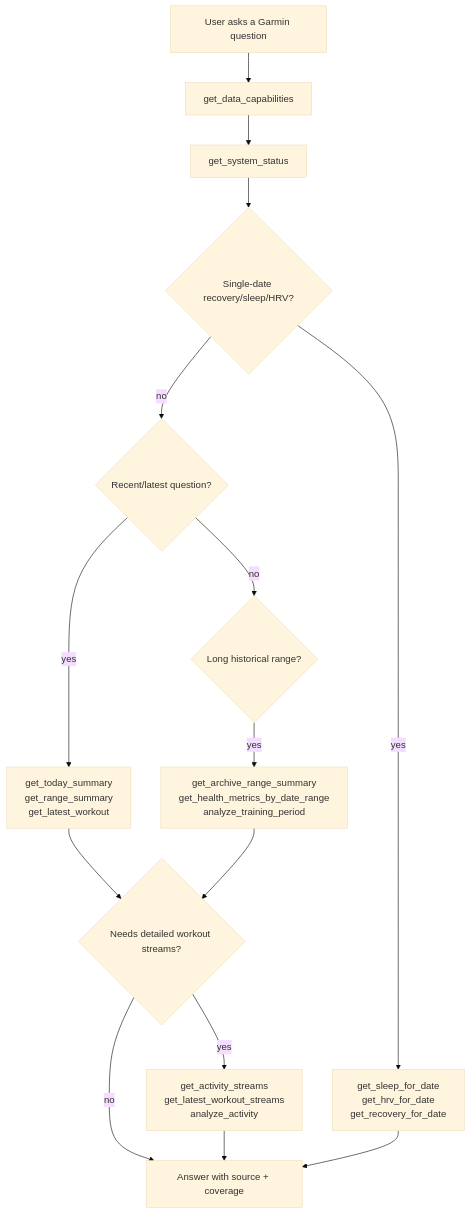
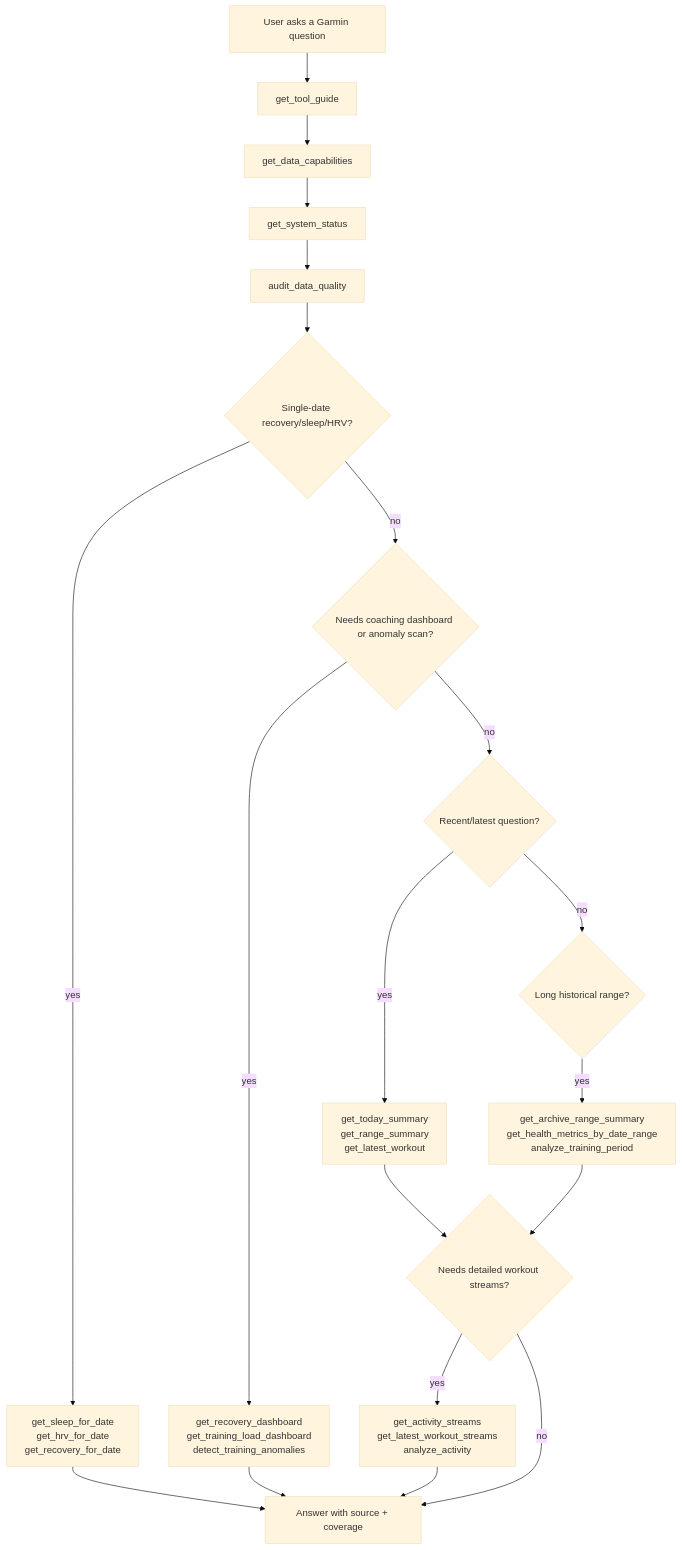
The fourth of 7 diagrams in docs/ARCHITECTURE.md (sharathgavini/garmin-mcp), drawn with Mermaid (base theme) before and after one commit. The commit also changed other lines of this file and 16 other files, not shown here.

Commit message:
Add Garmin MCP coaching ergonomics tools

````diff
--- a/docs/ARCHITECTURE.md
+++ b/docs/ARCHITECTURE.md
@@ -87,25 +97,33 @@
 ```mermaid
 flowchart TD
   Question["User asks a Garmin question"]
+  Guide["get_tool_guide"]
   Capabilities["get_data_capabilities"]
   Status["get_system_status"]
+  Audit["audit_data_quality"]
   SingleDay{"Single-date recovery/sleep/HRV?"}
   Latest{"Recent/latest question?"}
   Streams{"Needs detailed workout streams?"}
+  Dashboard{"Needs coaching dashboard or anomaly scan?"}
   Archive{"Long historical range?"}
 
-  Question --> Capabilities
+  Question --> Guide
+  Guide --> Capabilities
   Capabilities --> Status
-  Status --> SingleDay
+  Status --> Audit
+  Audit --> SingleDay
   SingleDay -->|"yes"| RecoveryTools["get_sleep_for_date\nget_hrv_for_date\nget_recovery_for_date"]
-  SingleDay -->|"no"| Latest
+  SingleDay -->|"no"| Dashboard
+  Dashboard -->|"yes"| DashboardTools["get_recovery_dashboard\nget_training_load_dashboard\ndetect_training_anomalies"]
+  Dashboard -->|"no"| Latest
   Latest -->|"yes"| LatestTools["get_today_summary\nget_range_summary\nget_latest_workout"]
   Latest -->|"no"| Archive
   Archive -->|"yes"| ArchiveTools["get_archive_range_summary\nget_health_metrics_by_date_range\nanalyze_training_period"]
   LatestTools --> Streams
   ArchiveTools --> Streams
   Streams -->|"yes"| StreamTools["get_activity_streams\nget_latest_workout_streams\nanalyze_activity"]
   Streams -->|"no"| Answer["Answer with source + coverage"]
   StreamTools --> Answer
   RecoveryTools --> Answer
+  DashboardTools --> Answer
 ```
````
